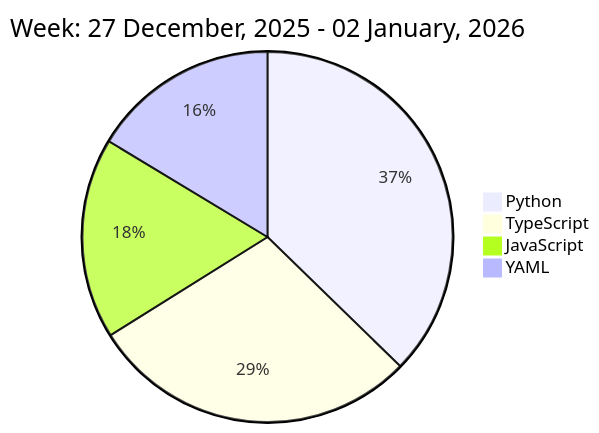
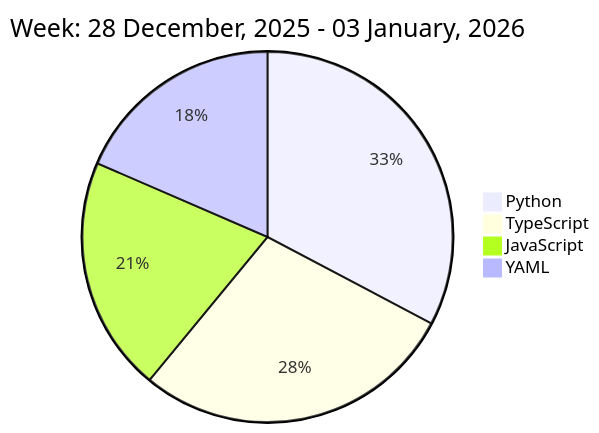
One commit to liubin95/liubin95 changed the diagram in README.md. Above: the diagram before and after it, drawn with Mermaid.

Commit message:
Updated the Graph with new Metrics

````diff
--- a/README.md
+++ b/README.md
@@ -37,8 +37,8 @@
 ```mermaid
  pie
-title Week: 27 December, 2025 - 02 January, 2026
- "Python" : 4.4
- "TypeScript" : 3.4
- "JavaScript" : 2.07
- "YAML" : 1.93
+title Week: 28 December, 2025 - 03 January, 2026
+ "Python" : 3.22
+ "TypeScript" : 2.78
+ "JavaScript" : 2.02
+ "YAML" : 1.82
 ```
````
